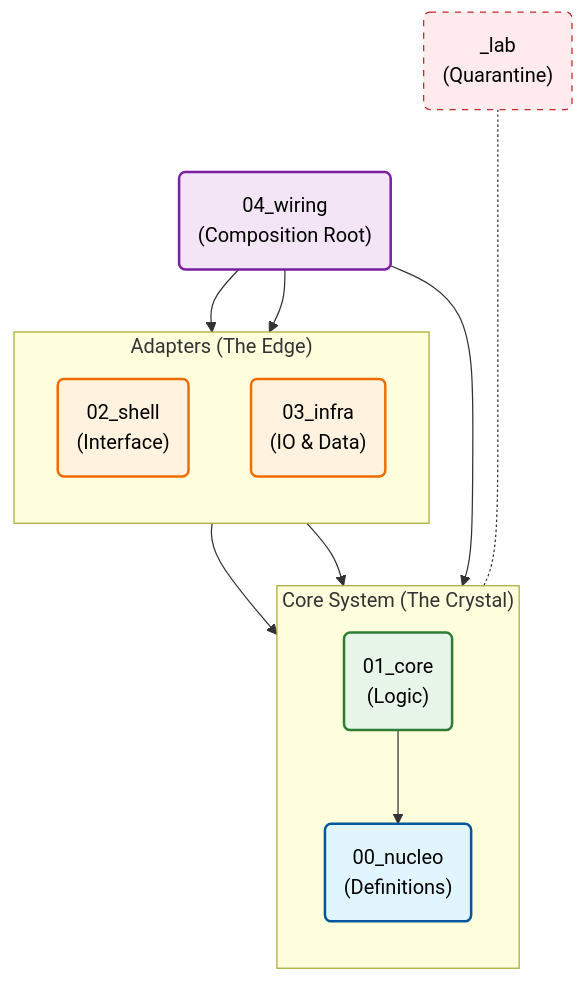
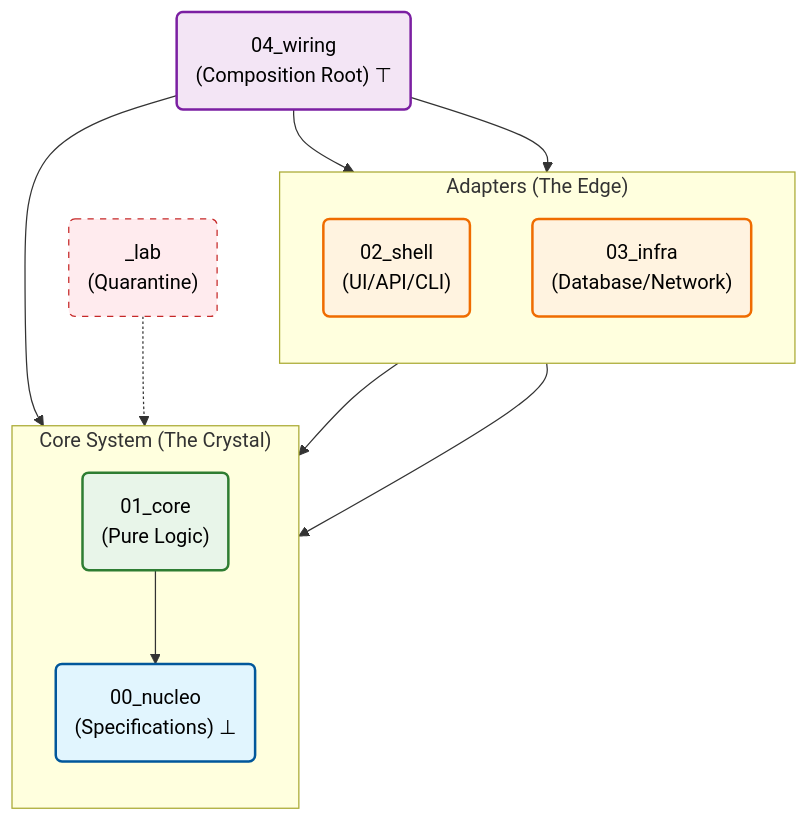
Before and after one commit to Dikluwe/Tekt: the diagram in README.md, drawn with Mermaid. The commit also changed other lines of this file and 3 other files, not shown here.

````diff
--- a/README.md
+++ b/README.md
@@ -68,40 +160,39 @@
 ```mermaid
 graph TD
-    %% Node Definitions
     subgraph Crystal ["Core System (The Crystal)"]
         direction TB
-        N("00_nucleo<br>(Definitions)")
-        C("01_core<br>(Logic)")
+        N("00_nucleo<br>(Specifications) ⊥")
+        C("01_core<br>(Pure Logic)")
     end
 
     subgraph Adapters ["Adapters (The Edge)"]
         direction TB
-        S("02_shell<br>(Interface)")
-        I("03_infra<br>(IO & Data)")
+        S("02_shell<br>(UI/API/CLI)")
+        I("03_infra<br>(Database/Network)")
     end
 
-    W("04_wiring<br>(Composition Root)")
+    W("04_wiring<br>(Composition Root) ⊤")
     L("_lab<br>(Quarantine)")
 
-    %% Relations (Arrows indicate 'Depends On')
+    %% Dependencies (arrows point toward what is depended upon)
     C --> N
     S --> C
     I --> C
     W --> S
     W --> I
     W --> C
-    L -...- N
+    L -.-> N
     
-    %% ESTILOS
+    %% Styles
     classDef nucleus fill:#e1f5fe,stroke:#01579b,stroke-width:2px,color:black;
     classDef core fill:#e8f5e9,stroke:#2e7d32,stroke-width:2px,color:black;
     classDef adapters fill:#fff3e0,stroke:#ef6c00,stroke-width:2px,color:black;
     classDef wiring fill:#f3e5f5,stroke:#7b1fa2,stroke-width:2px,color:black;
     classDef lab fill:#ffebee,stroke:#c62828,stroke-dasharray: 5 5,color:black;
 
     class N nucleus;
     class C core;
     class S,I adapters;
     class W wiring;
     class L lab;
 ```
````
